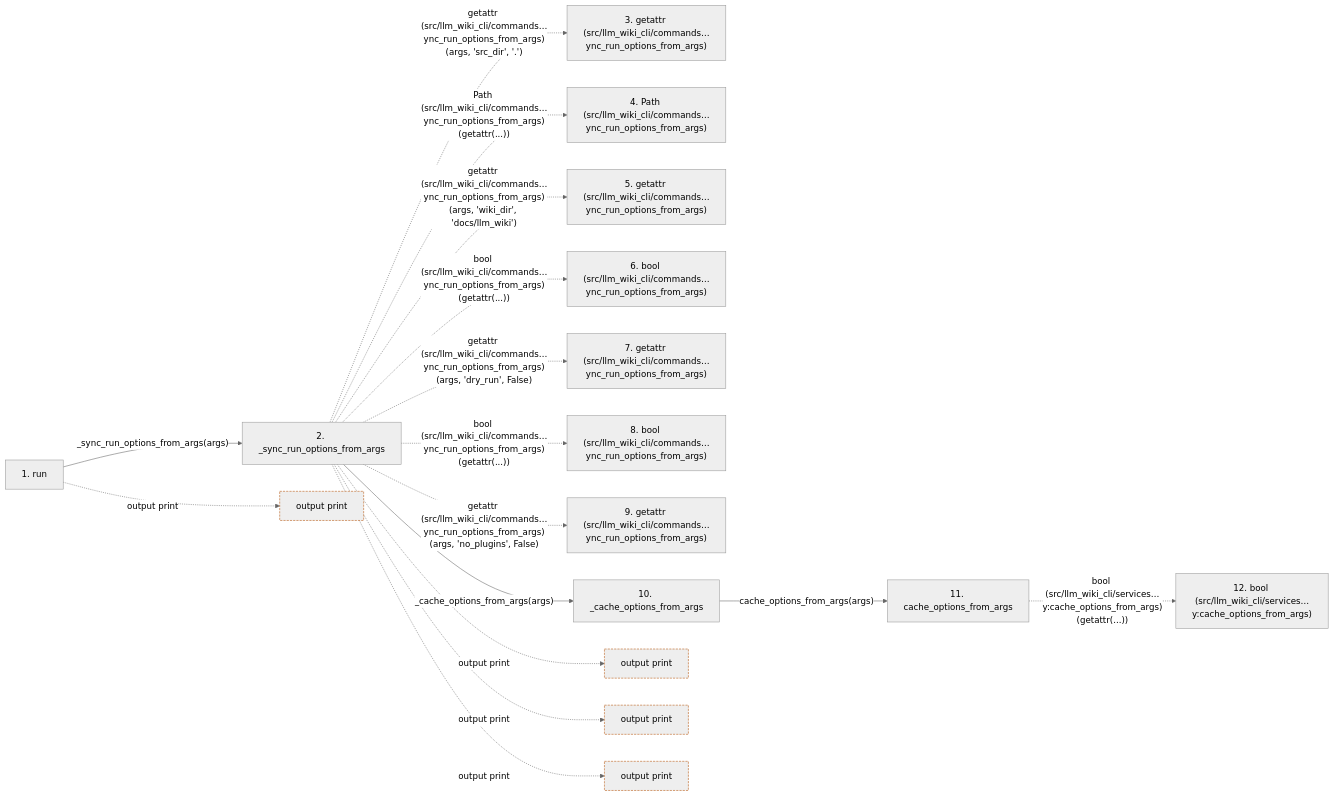
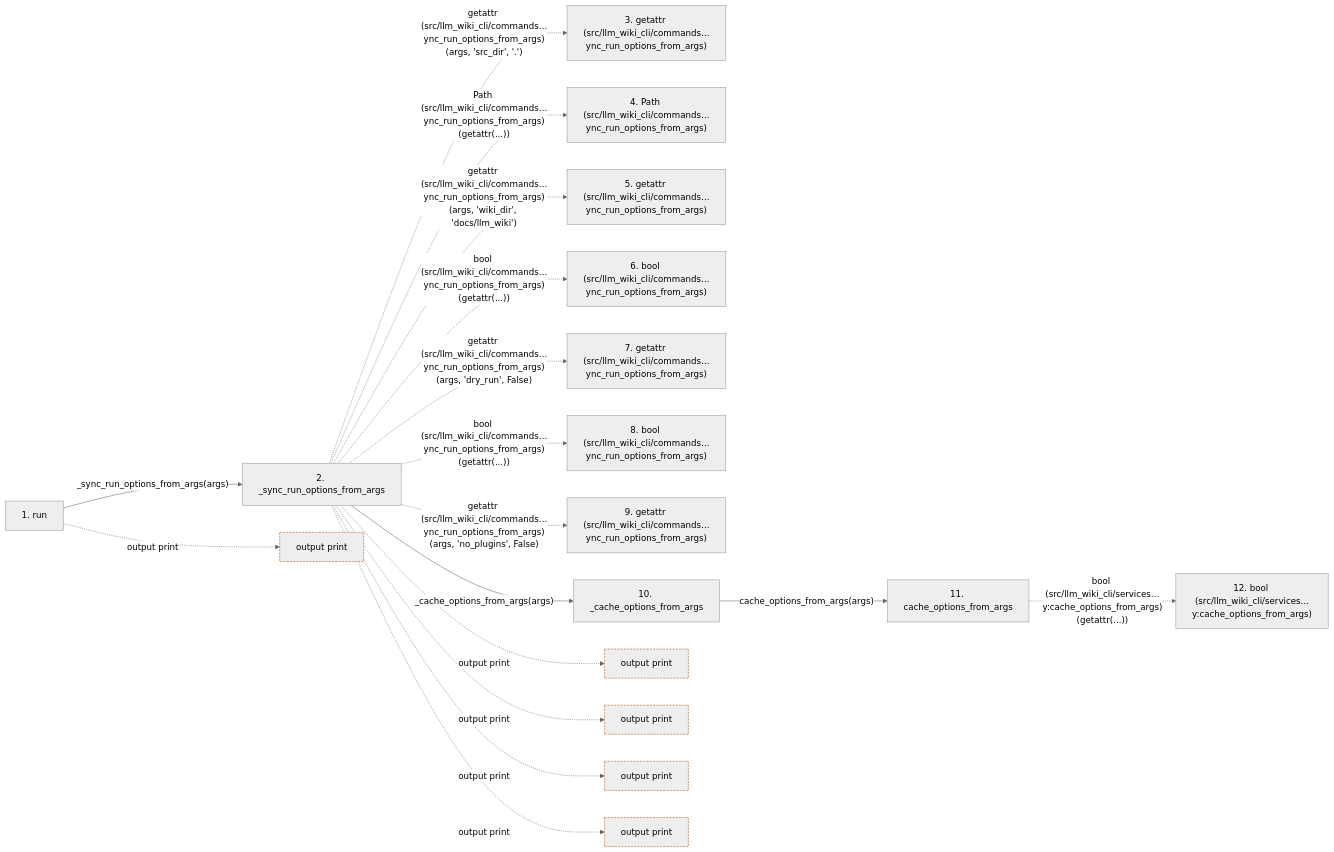
The second of 2 diagrams in docs/llm_wiki/flows/cli-sync.md (Denissvgn/python-wiki-llm), drawn with Mermaid (neutral theme) before and after one commit. The commit also changed other lines of this file and 775 other files, not shown here.

````diff
--- a/docs/llm_wiki/flows/cli-sync.md
+++ b/docs/llm_wiki/flows/cli-sync.md
@@ -171,43 +176,46 @@
 ```mermaid
 flowchart LR
     s1["1. run"]
     s2["2. _sync_run_options_from_args"]
     s3["3. getattr (src/llm_wiki_cli/commands…ync_run_options_from_args)"]
     s4["4. Path (src/llm_wiki_cli/commands…ync_run_options_from_args)"]
     s5["5. getattr (src/llm_wiki_cli/commands…ync_run_options_from_args)"]
     s6["6. bool (src/llm_wiki_cli/commands…ync_run_options_from_args)"]
     s7["7. getattr (src/llm_wiki_cli/commands…ync_run_options_from_args)"]
     s8["8. bool (src/llm_wiki_cli/commands…ync_run_options_from_args)"]
     s9["9. getattr (src/llm_wiki_cli/commands…ync_run_options_from_args)"]
     s10["10. _cache_options_from_args"]
     s11["11. cache_options_from_args"]
     s12["12. bool (src/llm_wiki_cli/services…y:cache_options_from_args)"]
     s1 -->|"_sync_run_options_from_args(args)"| s2
     s2 -. "getattr (src/llm_wiki_cli/commands…ync_run_options_from_args)(args, 'src_dir', '.')" .-> s3
     s2 -. "Path (src/llm_wiki_cli/commands…ync_run_options_from_args)(getattr(...))" .-> s4
     s2 -. "getattr (src/llm_wiki_cli/commands…ync_run_options_from_args)(args, 'wiki_dir', 'docs/llm_wiki')" .-> s5
     s2 -. "bool (src/llm_wiki_cli/commands…ync_run_options_from_args)(getattr(...))" .-> s6
     s2 -. "getattr (src/llm_wiki_cli/commands…ync_run_options_from_args)(args, 'dry_run', False)" .-> s7
     s2 -. "bool (src/llm_wiki_cli/commands…ync_run_options_from_args)(getattr(...))" .-> s8
     s2 -. "getattr (src/llm_wiki_cli/commands…ync_run_options_from_args)(args, 'no_plugins', False)" .-> s9
     s2 -->|"_cache_options_from_args(args)"| s10
     s10 -->|"cache_options_from_args(args)"| s11
     s11 -. "bool (src/llm_wiki_cli/services…y:cache_options_from_args)(getattr(...))" .-> s12
     b0["output print"]
     s1 -. "output print" .-> b0
     b1["output print"]
     s2 -. "output print" .-> b1
     b2["output print"]
     s2 -. "output print" .-> b2
     b3["output print"]
     s2 -. "output print" .-> b3
+    b4["output print"]
+    s2 -. "output print" .-> b4
     click s1 "../modules/sync_cmd.md"
     click s2 "../modules/sync_cmd.md"
     click s10 "../modules/sync_cmd.md"
     click s11 "../modules/inventory_cache.md"
     classDef boundary stroke:#b45309,stroke-dasharray: 4 2
     class b0 boundary
     class b1 boundary
     class b2 boundary
     class b3 boundary
+    class b4 boundary
 ```
````
